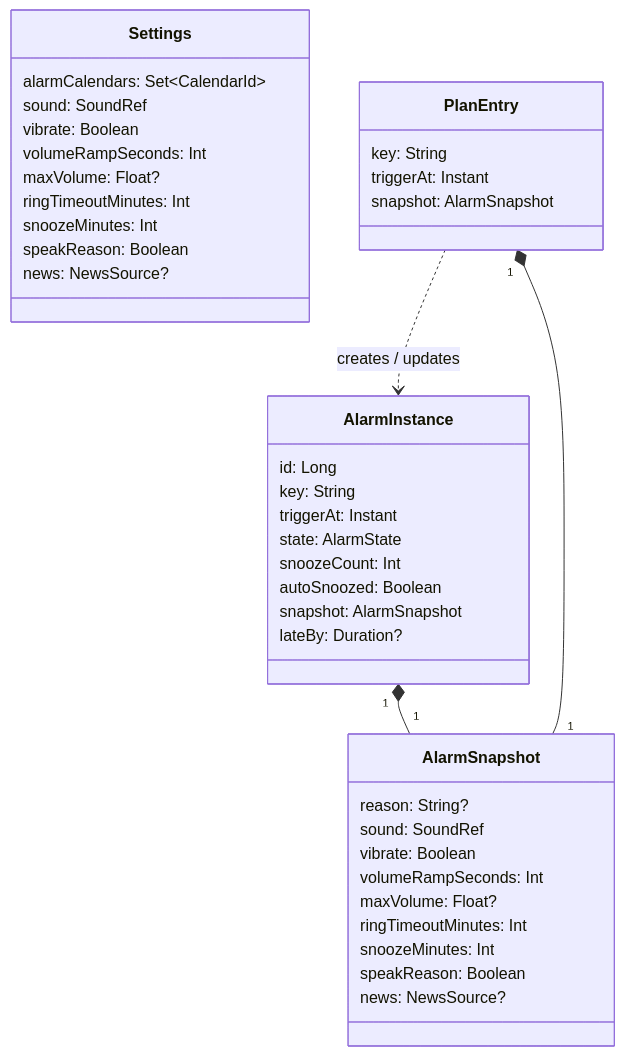
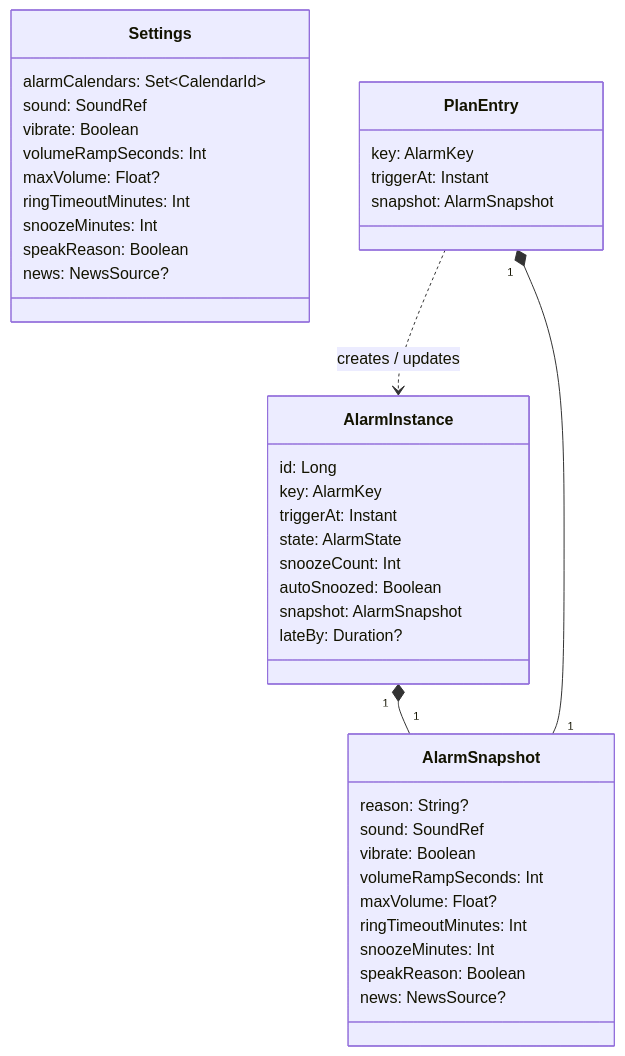
The seventh of 7 diagrams in docs/architecture.md (drehtuer/NextAlarmApp), drawn with Mermaid before and after one commit. The commit also changed other lines of this file and 12 other files, not shown here.

````diff
--- a/docs/architecture.md
+++ b/docs/architecture.md
@@ -664,43 +667,43 @@
 ```mermaid
 classDiagram
     class Settings {
         alarmCalendars: Set~CalendarId~
         sound: SoundRef
         vibrate: Boolean
         volumeRampSeconds: Int
         maxVolume: Float?
         ringTimeoutMinutes: Int
         snoozeMinutes: Int
         speakReason: Boolean
         news: NewsSource?
     }
     class PlanEntry {
-        key: String
+        key: AlarmKey
         triggerAt: Instant
         snapshot: AlarmSnapshot
     }
     class AlarmInstance {
         id: Long
-        key: String
+        key: AlarmKey
         triggerAt: Instant
         state: AlarmState
         snoozeCount: Int
         autoSnoozed: Boolean
         snapshot: AlarmSnapshot
         lateBy: Duration?
     }
     class AlarmSnapshot {
         reason: String?
         sound: SoundRef
         vibrate: Boolean
         volumeRampSeconds: Int
         maxVolume: Float?
         ringTimeoutMinutes: Int
         snoozeMinutes: Int
         speakReason: Boolean
         news: NewsSource?
     }
     AlarmInstance "1" *-- "1" AlarmSnapshot
     PlanEntry "1" *-- "1" AlarmSnapshot
     PlanEntry ..> AlarmInstance : creates / updates
 ```
````
